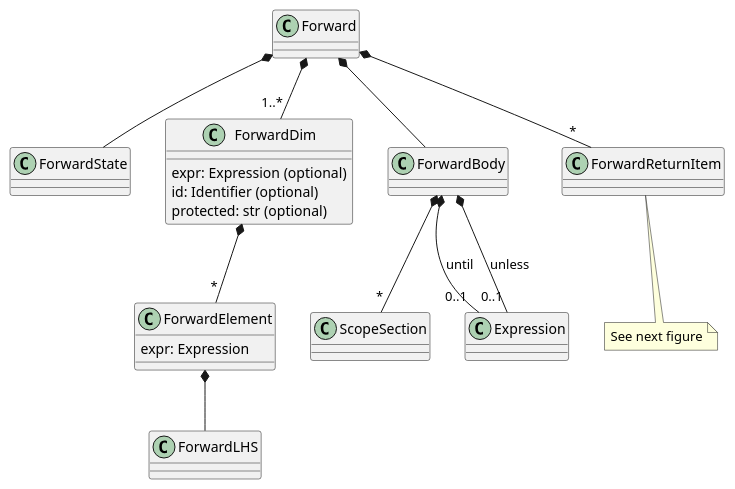
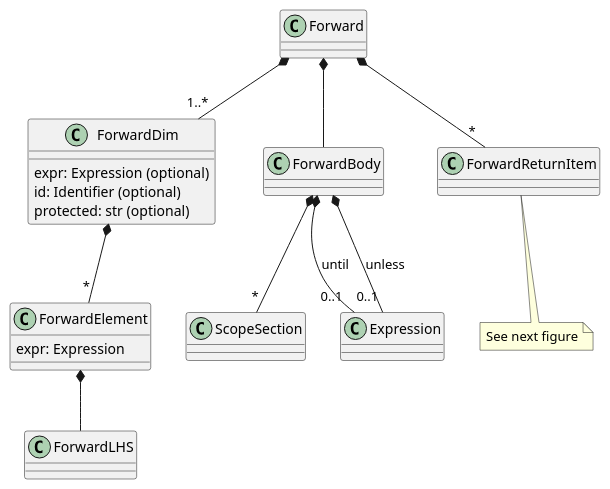
Before and after one commit to ansys/pyscadeone: the diagram in doc/source/api/language/expressions/forward.puml, drawn with PlantUML. The commit also changed 537 other files, not shown here.

```diff
--- a/doc/source/api/language/expressions/forward.puml
+++ b/doc/source/api/language/expressions/forward.puml
@@ -1,27 +1,26 @@
 @startuml
 ' Forward
 skinparam groupInheritance 2
 
-Forward *-- ForwardState
 Forward *-- "1..*" ForwardDim
 Forward *-- ForwardBody
 Forward *-- "*" ForwardReturnItem
 note bottom of ForwardReturnItem: See next figure
 
 ForwardBody *-- "*" ScopeSection
 ForwardBody *-- "0..1" Expression: until
 ForwardBody *-- "0..1" Expression: unless
 
 class ForwardDim {
     expr: Expression (optional)
     id: Identifier (optional)
     protected: str (optional)
 }
 
 ForwardDim *-- "*" ForwardElement
 class ForwardElement {
     expr: Expression
 }
 ForwardElement *-- ForwardLHS
 
 @enduml
```
